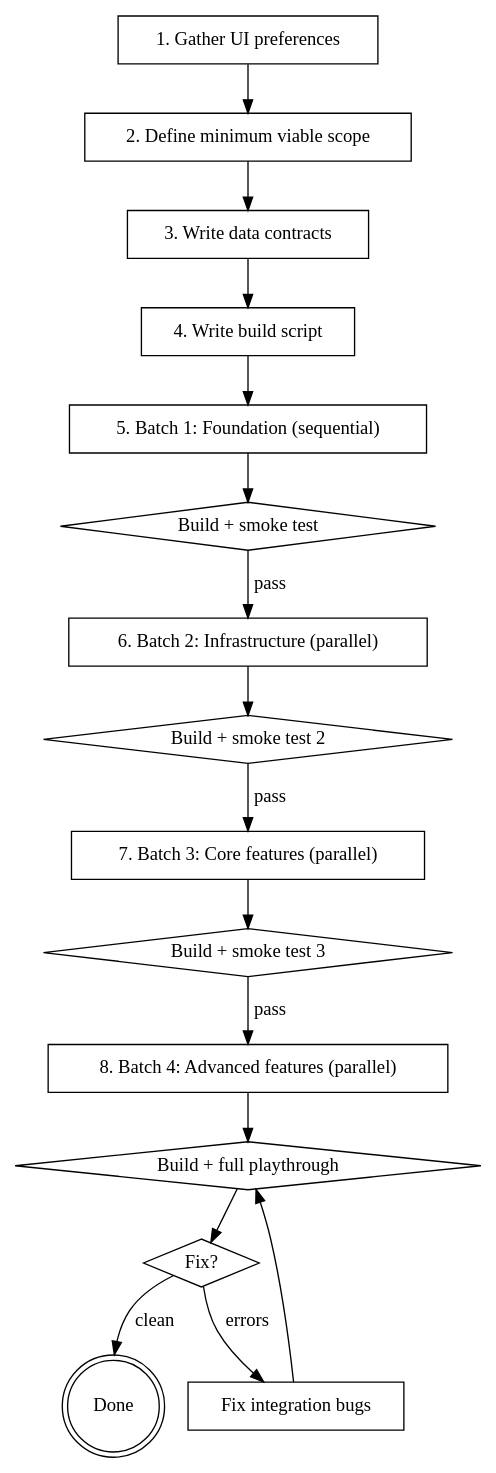
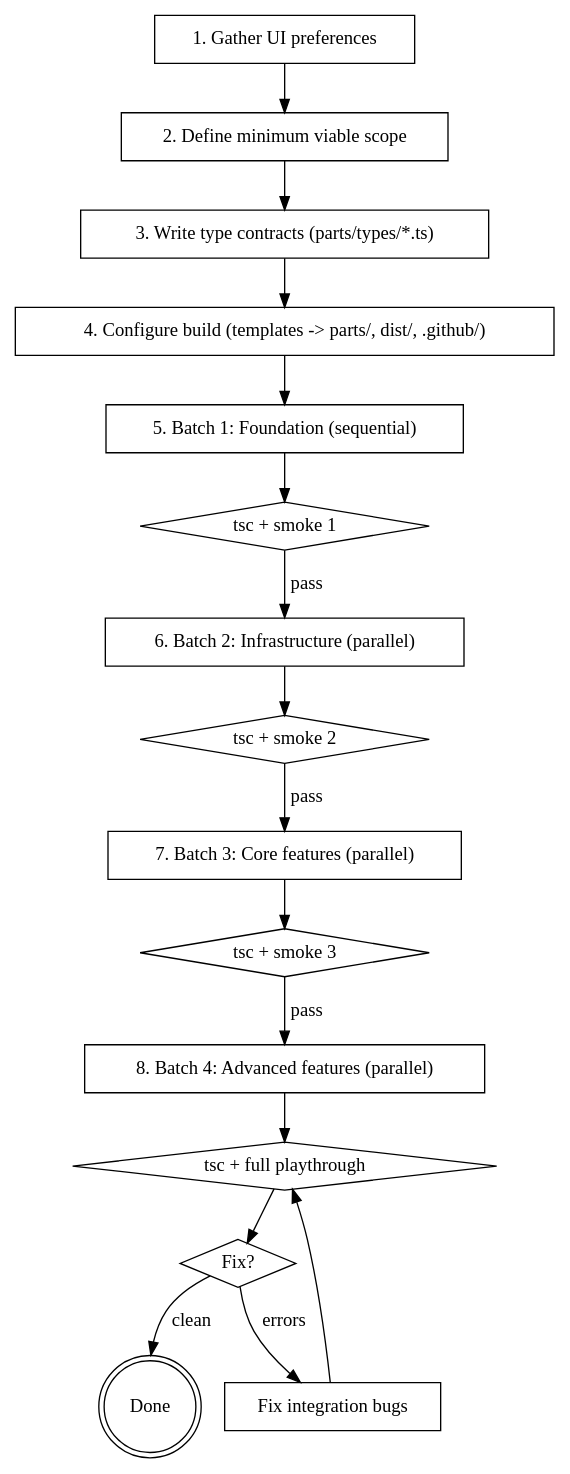
The diagram in skills/web-game-parallel-build/SKILL.md (vosslab/vosslab-skills), drawn with Graphviz before and after one commit. The commit also changed other lines of this file and 16 other files, not shown here.

````diff
--- a/skills/web-game-parallel-build/SKILL.md
+++ b/skills/web-game-parallel-build/SKILL.md
@@ -69,37 +188,37 @@
 ```dot
 digraph process {
     rankdir=TB;
 
     "1. Gather UI preferences" [shape=box];
     "2. Define minimum viable scope" [shape=box];
-    "3. Write data contracts" [shape=box];
-    "4. Write build script" [shape=box];
+    "3. Write type contracts (parts/types/*.ts)" [shape=box];
+    "4. Configure build (templates -> parts/, dist/, .github/)" [shape=box];
     "5. Batch 1: Foundation (sequential)" [shape=box];
-    "Build + smoke test" [shape=diamond];
+    "tsc + smoke 1" [shape=diamond];
     "6. Batch 2: Infrastructure (parallel)" [shape=box];
-    "Build + smoke test 2" [shape=diamond];
+    "tsc + smoke 2" [shape=diamond];
     "7. Batch 3: Core features (parallel)" [shape=box];
-    "Build + smoke test 3" [shape=diamond];
+    "tsc + smoke 3" [shape=diamond];
     "8. Batch 4: Advanced features (parallel)" [shape=box];
-    "Build + full playthrough" [shape=diamond];
+    "tsc + full playthrough" [shape=diamond];
     "Fix?" [shape=diamond];
     "Fix integration bugs" [shape=box];
     "Done" [shape=doublecircle];
 
     "1. Gather UI preferences" -> "2. Define minimum viable scope";
-    "2. Define minimum viable scope" -> "3. Write data contracts";
-    "3. Write data contracts" -> "4. Write build script";
-    "4. Write build script" -> "5. Batch 1: Foundation (sequential)";
-    "5. Batch 1: Foundation (sequential)" -> "Build + smoke test";
-    "Build + smoke test" -> "6. Batch 2: Infrastructure (parallel)" [label="pass"];
-    "6. Batch 2: Infrastructure (parallel)" -> "Build + smoke test 2";
-    "Build + smoke test 2" -> "7. Batch 3: Core features (parallel)" [label="pass"];
-    "7. Batch 3: Core features (parallel)" -> "Build + smoke test 3";
-    "Build + smoke test 3" -> "8. Batch 4: Advanced features (parallel)" [label="pass"];
-    "8. Batch 4: Advanced features (parallel)" -> "Build + full playthrough";
-    "Build + full playthrough" -> "Fix?";
+    "2. Define minimum viable scope" -> "3. Write type contracts (parts/types/*.ts)";
+    "3. Write type contracts (parts/types/*.ts)" -> "4. Configure build (templates -> parts/, dist/, .github/)";
+    "4. Configure build (templates -> parts/, dist/, .github/)" -> "5. Batch 1: Foundation (sequential)";
+    "5. Batch 1: Foundation (sequential)" -> "tsc + smoke 1";
+    "tsc + smoke 1" -> "6. Batch 2: Infrastructure (parallel)" [label="pass"];
+    "6. Batch 2: Infrastructure (parallel)" -> "tsc + smoke 2";
+    "tsc + smoke 2" -> "7. Batch 3: Core features (parallel)" [label="pass"];
+    "7. Batch 3: Core features (parallel)" -> "tsc + smoke 3";
+    "tsc + smoke 3" -> "8. Batch 4: Advanced features (parallel)" [label="pass"];
+    "8. Batch 4: Advanced features (parallel)" -> "tsc + full playthrough";
+    "tsc + full playthrough" -> "Fix?";
     "Fix?" -> "Fix integration bugs" [label="errors"];
-    "Fix integration bugs" -> "Build + full playthrough";
+    "Fix integration bugs" -> "tsc + full playthrough";
     "Fix?" -> "Done" [label="clean"];
 }
 ```
````
